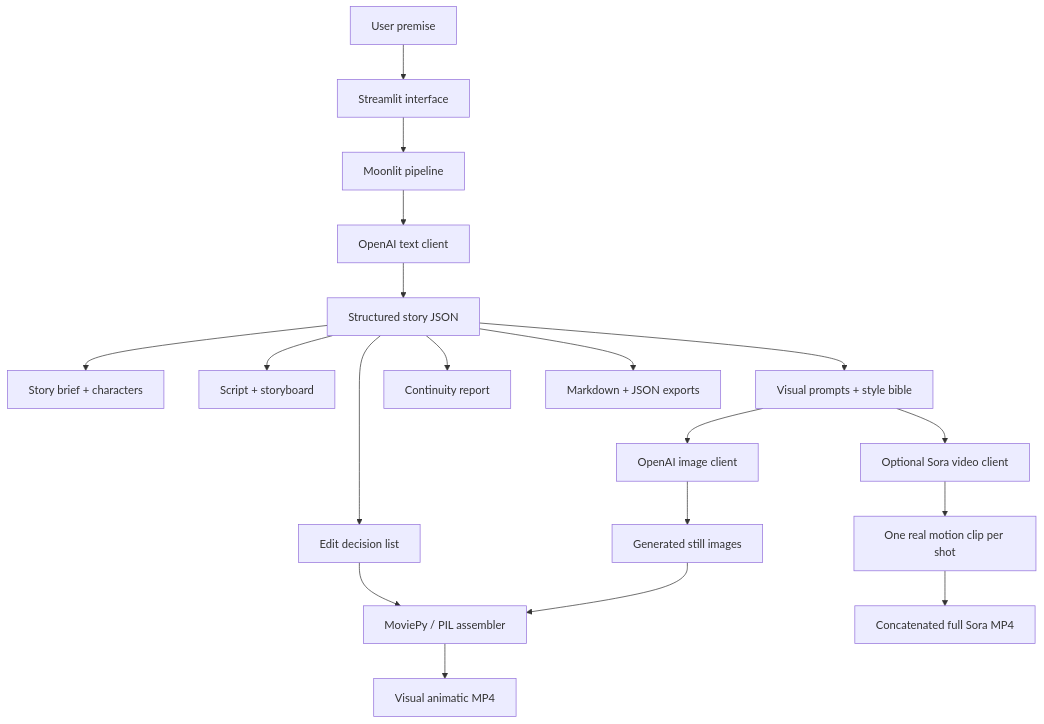
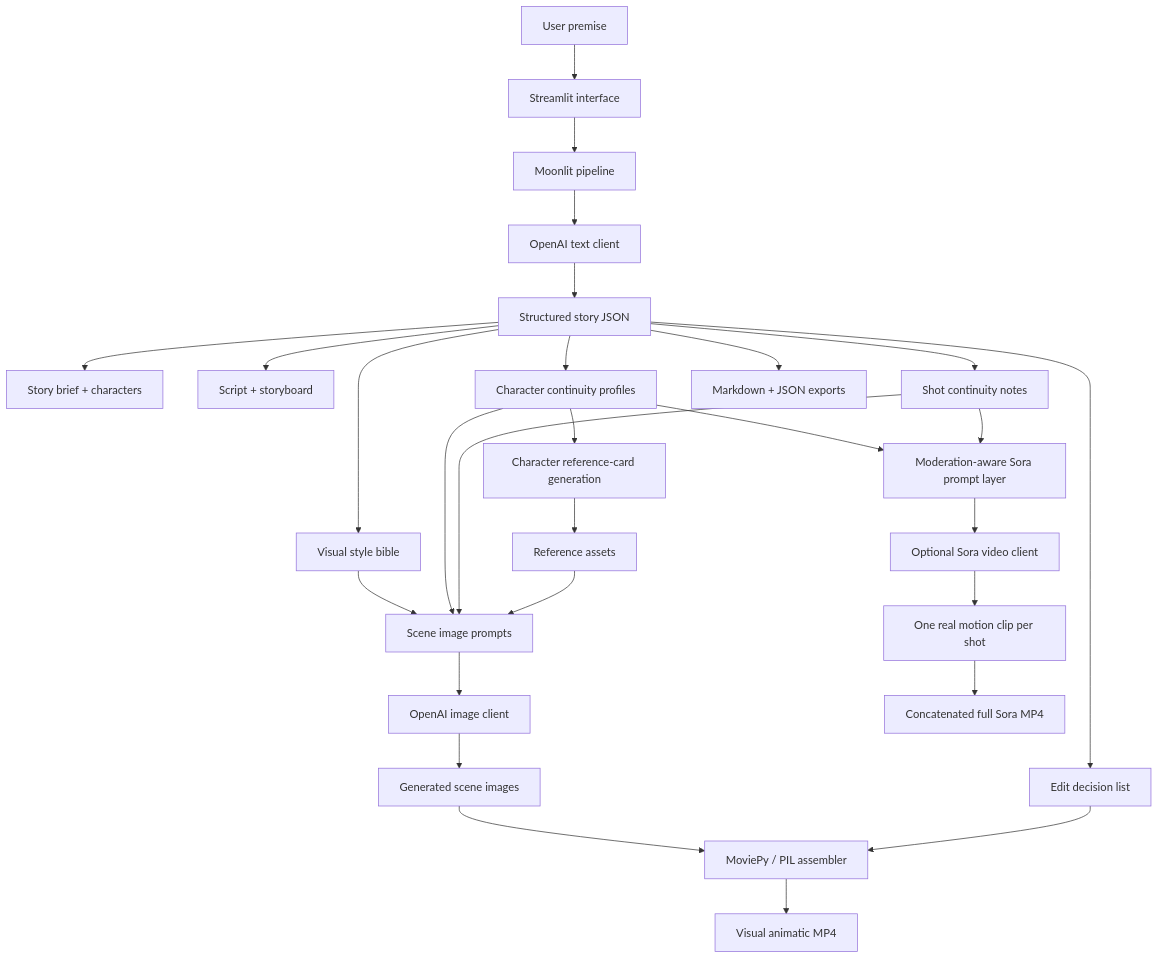
One commit to MinervaRose/moonlit-showrunner changed the diagram in README.md. Above: the diagram before and after it, drawn with Mermaid. The commit also changed other lines of this file and 20 other files, not shown here.

````diff
--- a/README.md
+++ b/README.md
@@ -145,21 +190,38 @@
 ```mermaid
 flowchart TD
     A[User premise] --> B[Streamlit interface]
     B --> C[Moonlit pipeline]
+
     C --> D[OpenAI text client]
     D --> E[Structured story JSON]
+
     E --> F[Story brief + characters]
     E --> G[Script + storyboard]
-    E --> H[Visual prompts + style bible]
-    E --> I[Continuity report]
-    E --> J[Edit decision list]
-    H --> K[OpenAI image client]
-    K --> L[Generated still images]
-    L --> M[MoviePy / PIL assembler]
-    J --> M
-    M --> N[Visual animatic MP4]
-    H --> P[Optional Sora video client]
-    P --> Q[One real motion clip per shot]
-    Q --> R[Concatenated full Sora MP4]
-    E --> O[Markdown + JSON exports]
+    E --> H[Visual style bible]
+    E --> I[Character continuity profiles]
+    E --> J[Shot continuity notes]
+    E --> K[Edit decision list]
+
+    I --> L[Character reference-card generation]
+    L --> M[Reference assets]
+
+    H --> N[Scene image prompts]
+    I --> N
+    J --> N
+    M --> N
+
+    N --> O[OpenAI image client]
+    O --> P[Generated scene images]
+
+    P --> Q[MoviePy / PIL assembler]
+    K --> Q
+    Q --> R[Visual animatic MP4]
+
+    I --> S[Moderation-aware Sora prompt layer]
+    J --> S
+    S --> T[Optional Sora video client]
+    T --> U[One real motion clip per shot]
+    U --> V[Concatenated full Sora MP4]
+
+    E --> W[Markdown + JSON exports]
 ```
````
